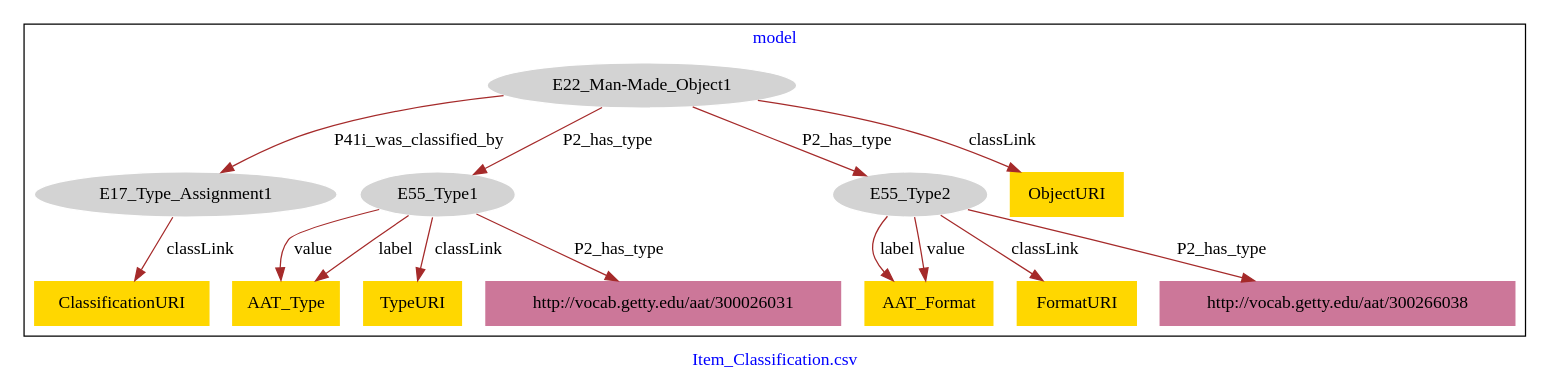
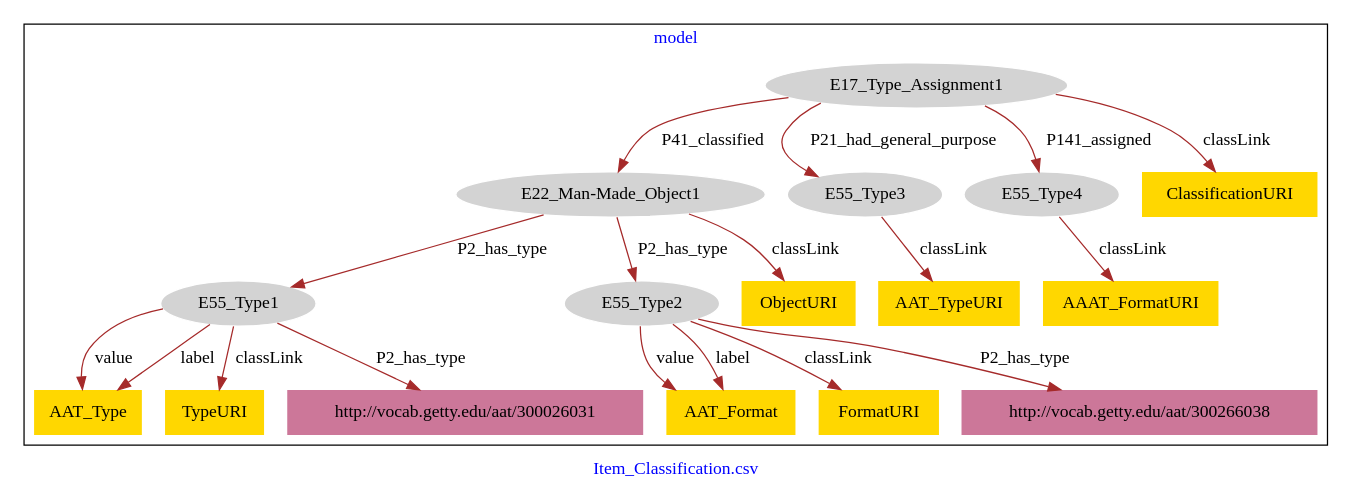
The diagram in Item_Classification/Item_Classification-model.dot (american-art/aaa), drawn with Graphviz before and after one commit.

Commit message:
Update file Item_Classification-model.dot

```diff
--- a/Item_Classification/Item_Classification-model.dot
+++ b/Item_Classification/Item_Classification-model.dot
@@ -1,33 +1,41 @@
 digraph n0 {
 fontcolor="blue"
 remincross="true"
 label="Item_Classification.csv"
 subgraph cluster {
 label="model"
-n2[style="filled",color="white",fillcolor="lightgray",label="E22_Man-Made_Object1"];
-n3[style="filled",color="white",fillcolor="lightgray",label="E17_Type_Assignment1"];
-n4[style="filled",color="white",fillcolor="lightgray",label="E55_Type1"];
-n5[style="filled",color="white",fillcolor="lightgray",label="E55_Type2"];
-n6[shape="plaintext",style="filled",fillcolor="gold",label="AAT_Type"];
-n7[shape="plaintext",style="filled",fillcolor="gold",label="AAT_Format"];
-n8[shape="plaintext",style="filled",fillcolor="gold",label="ClassificationURI"];
-n9[shape="plaintext",style="filled",fillcolor="gold",label="FormatURI"];
-n10[shape="plaintext",style="filled",fillcolor="gold",label="ObjectURI"];
-n11[shape="plaintext",style="filled",fillcolor="gold",label="TypeURI"];
-n12[shape="plaintext",style="filled",fillcolor="#CC7799",label="http://vocab.getty.edu/aat/300026031"];
-n13[shape="plaintext",style="filled",fillcolor="#CC7799",label="http://vocab.getty.edu/aat/300266038"];
+n2[style="filled",color="white",fillcolor="lightgray",label="E17_Type_Assignment1"];
+n3[style="filled",color="white",fillcolor="lightgray",label="E22_Man-Made_Object1"];
+n4[style="filled",color="white",fillcolor="lightgray",label="E55_Type3"];
+n5[style="filled",color="white",fillcolor="lightgray",label="E55_Type4"];
+n6[style="filled",color="white",fillcolor="lightgray",label="E55_Type1"];
+n7[style="filled",color="white",fillcolor="lightgray",label="E55_Type2"];
+n8[shape="plaintext",style="filled",fillcolor="gold",label="AAT_Format"];
+n9[shape="plaintext",style="filled",fillcolor="gold",label="ObjectURI"];
+n10[shape="plaintext",style="filled",fillcolor="gold",label="ClassificationURI"];
+n11[shape="plaintext",style="filled",fillcolor="gold",label="AAT_Type"];
+n12[shape="plaintext",style="filled",fillcolor="gold",label="FormatURI"];
+n13[shape="plaintext",style="filled",fillcolor="gold",label="AAT_TypeURI"];
+n14[shape="plaintext",style="filled",fillcolor="gold",label="AAAT_FormatURI"];
+n15[shape="plaintext",style="filled",fillcolor="gold",label="TypeURI"];
+n16[shape="plaintext",style="filled",fillcolor="#CC7799",label="http://vocab.getty.edu/aat/300026031"];
+n17[shape="plaintext",style="filled",fillcolor="#CC7799",label="http://vocab.getty.edu/aat/300266038"];
 }
-n2 -> n3[color="brown",fontcolor="black",label="P41i_was_classified_by"]
-n2 -> n4[color="brown",fontcolor="black",label="P2_has_type"]
-n2 -> n5[color="brown",fontcolor="black",label="P2_has_type"]
-n4 -> n6[color="brown",fontcolor="black",label="value"]
-n5 -> n7[color="brown",fontcolor="black",label="label"]
-n3 -> n8[color="brown",fontcolor="black",label="classLink"]
-n5 -> n9[color="brown",fontcolor="black",label="classLink"]
+n2 -> n3[color="brown",fontcolor="black",label="P41_classified"]
+n2 -> n4[color="brown",fontcolor="black",label="P21_had_general_purpose"]
+n2 -> n5[color="brown",fontcolor="black",label="P141_assigned"]
+n3 -> n6[color="brown",fontcolor="black",label="P2_has_type"]
+n3 -> n7[color="brown",fontcolor="black",label="P2_has_type"]
+n7 -> n8[color="brown",fontcolor="black",label="value"]
+n3 -> n9[color="brown",fontcolor="black",label="classLink"]
 n2 -> n10[color="brown",fontcolor="black",label="classLink"]
-n4 -> n11[color="brown",fontcolor="black",label="classLink"]
-n4 -> n6[color="brown",fontcolor="black",label="label"]
-n5 -> n7[color="brown",fontcolor="black",label="value"]
-n4 -> n12[color="brown",fontcolor="black",label="P2_has_type"]
-n5 -> n13[color="brown",fontcolor="black",label="P2_has_type"]
+n6 -> n11[color="brown",fontcolor="black",label="value"]
+n7 -> n12[color="brown",fontcolor="black",label="classLink"]
+n4 -> n13[color="brown",fontcolor="black",label="classLink"]
+n5 -> n14[color="brown",fontcolor="black",label="classLink"]
+n6 -> n15[color="brown",fontcolor="black",label="classLink"]
+n6 -> n11[color="brown",fontcolor="black",label="label"]
+n7 -> n8[color="brown",fontcolor="black",label="label"]
+n6 -> n16[color="brown",fontcolor="black",label="P2_has_type"]
+n7 -> n17[color="brown",fontcolor="black",label="P2_has_type"]
 }
```
